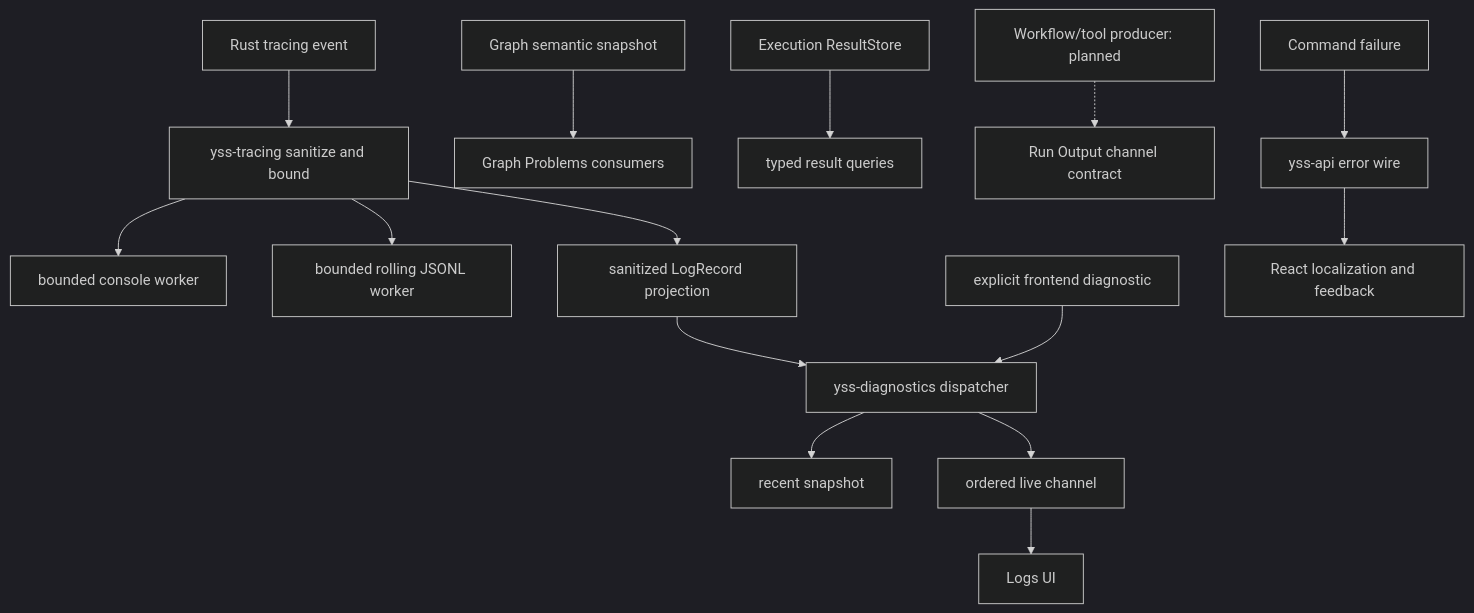
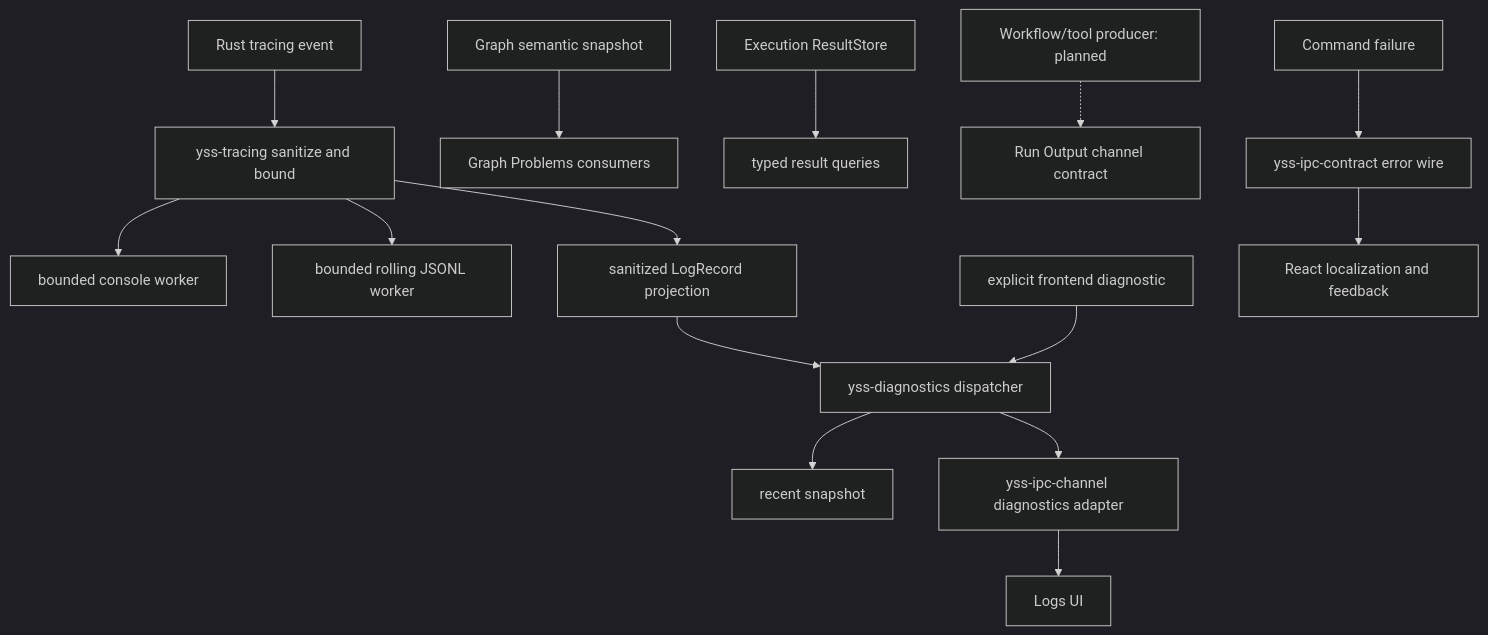
One commit to zhouyi207/YssBI changed the diagram in docs/architecture/RUNTIME_SIGNALS.md. Above: the diagram before and after it, drawn with Mermaid (dark theme). The commit also changed other lines of this file and 14 other files, not shown here.

````diff
--- a/docs/architecture/RUNTIME_SIGNALS.md
+++ b/docs/architecture/RUNTIME_SIGNALS.md
@@ -34,18 +34,18 @@
 ```mermaid
 flowchart TD
   TRACE[Rust tracing event] --> SANITIZE[yss-tracing sanitize and bound]
   SANITIZE --> CONSOLE[bounded console worker]
   SANITIZE --> FILE[bounded rolling JSONL worker]
   SANITIZE --> RUSTPROJ[sanitized LogRecord projection]
   RUSTPROJ --> DIAG[yss-diagnostics dispatcher]
   FEDIAG[explicit frontend diagnostic] --> DIAG
   DIAG --> RECENT[recent snapshot]
-  DIAG --> LIVE[ordered live channel]
+  DIAG --> LIVE[yss-ipc-channel diagnostics adapter]
   LIVE --> LOGS[Logs UI]
 
   GRAPH[Graph semantic snapshot] --> PROBLEMS[Graph Problems consumers]
   RESULT[Execution ResultStore] --> RESULTQUERY[typed result queries]
   PROGRAM[Workflow/tool producer: planned] -.-> OUTPUT[Run Output channel contract]
-  FAILURE[Command failure] --> WIRE[yss-api error wire]
+  FAILURE[Command failure] --> WIRE[yss-ipc-contract error wire]
   WIRE --> FEEDBACK[React localization and feedback]
 ```
````
